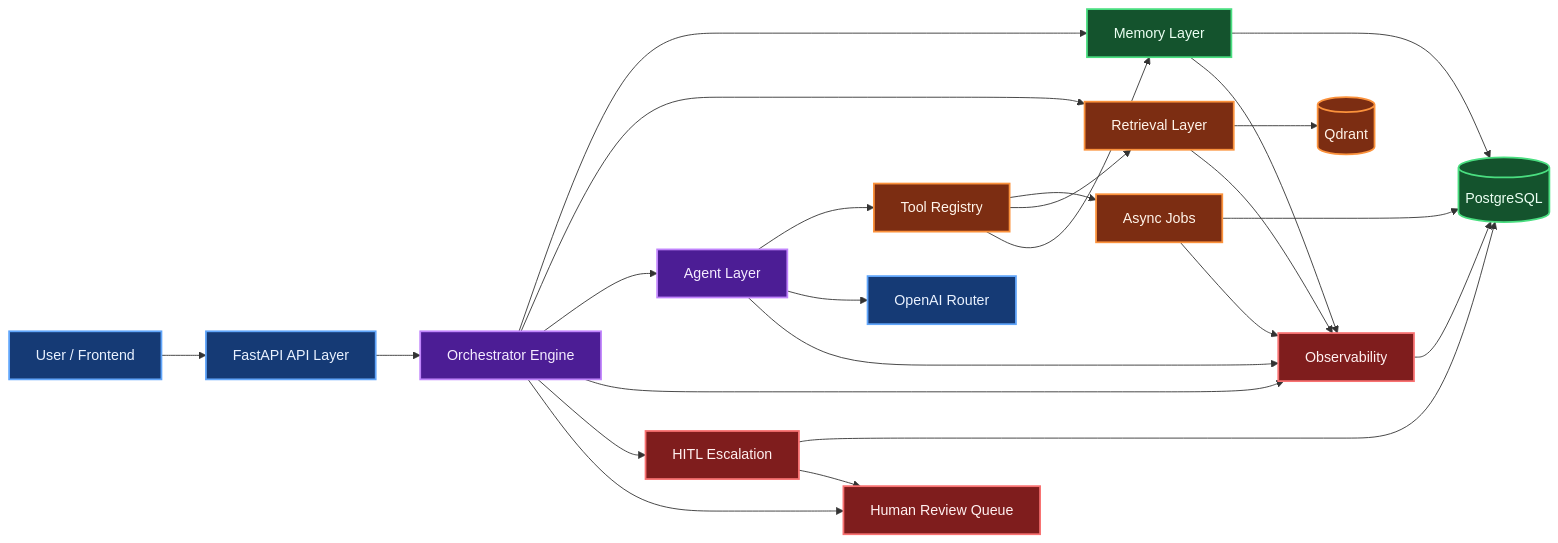
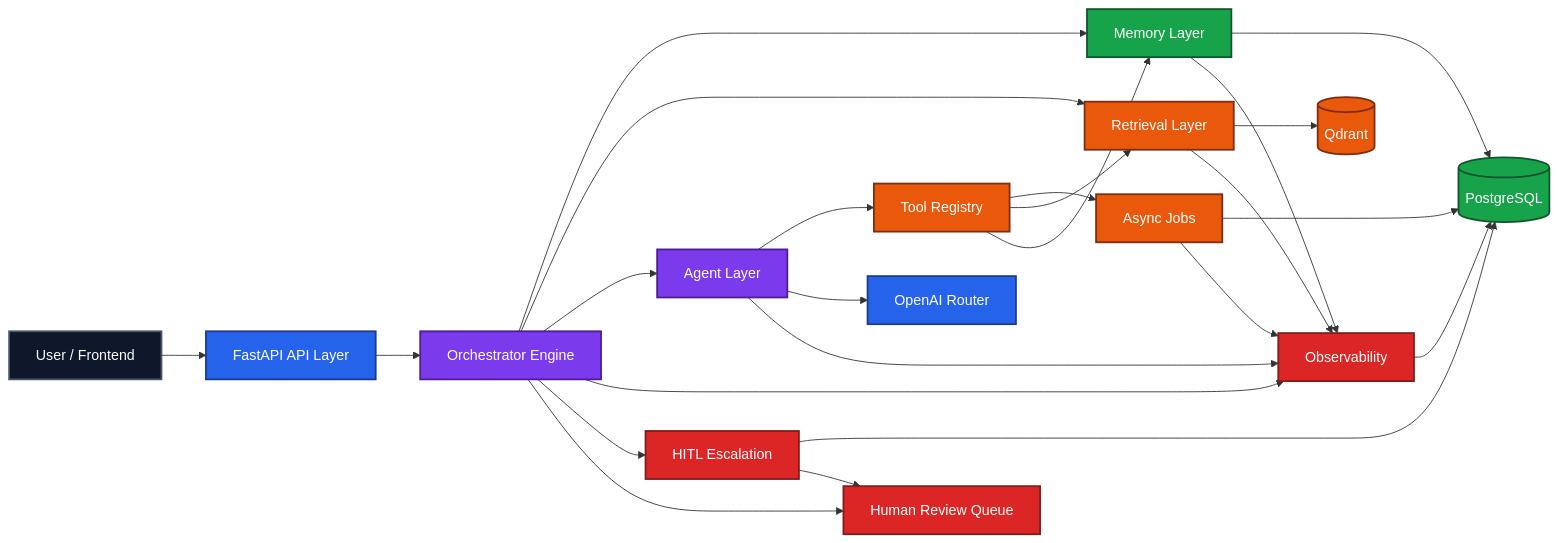
Before and after one commit to zohair-azmat-ai/nexus-ai-orchestrator: the diagram in README.md, drawn with Mermaid. The commit also changed other lines of this file, not shown here.

````diff
--- a/README.md
+++ b/README.md
@@ -61,41 +69,43 @@
 ```mermaid
 flowchart LR
     U[User / Frontend] --> API[FastAPI API Layer]
     API --> ORCH[Orchestrator Engine]
 
     ORCH --> MEM[Memory Layer]
     ORCH --> RET[Retrieval Layer]
     ORCH --> AGENTS[Agent Layer]
     ORCH --> OBS[Observability]
     ORCH --> HITL[HITL Escalation]
 
     MEM --> PG[(PostgreSQL)]
     RET --> QD[(Qdrant)]
     AGENTS --> TOOLS[Tool Registry]
     AGENTS --> LLM[OpenAI Router]
     TOOLS --> JOBS[Async Jobs]
     JOBS --> PG
     OBS --> PG
     HITL --> PG
     HITL --> REVIEW[Human Review Queue]
 
     TOOLS --> RET
     TOOLS --> MEM
     JOBS --> OBS
     AGENTS --> OBS
     RET --> OBS
     MEM --> OBS
     ORCH --> REVIEW
 
-    classDef blue fill:#153a75,stroke:#60a5fa,color:#eaf2ff,stroke-width:2px;
-    classDef purple fill:#4c1d95,stroke:#c084fc,color:#f5ecff,stroke-width:2px;
-    classDef green fill:#14532d,stroke:#4ade80,color:#ecfff3,stroke-width:2px;
-    classDef orange fill:#7c2d12,stroke:#fb923c,color:#fff4ea,stroke-width:2px;
-    classDef red fill:#7f1d1d,stroke:#f87171,color:#fff0f0,stroke-width:2px;
+    classDef api fill:#2563eb,stroke:#1e3a8a,color:#ffffff,stroke-width:2px;
+    classDef agent fill:#7c3aed,stroke:#4c1d95,color:#ffffff,stroke-width:2px;
+    classDef db fill:#16a34a,stroke:#14532d,color:#ffffff,stroke-width:2px;
+    classDef tools fill:#ea580c,stroke:#7c2d12,color:#ffffff,stroke-width:2px;
+    classDef obs fill:#dc2626,stroke:#7f1d1d,color:#ffffff,stroke-width:2px;
+    classDef user fill:#0f172a,stroke:#475569,color:#f8fafc,stroke-width:2px;
 
-    class U,API,LLM blue;
-    class ORCH,AGENTS purple;
-    class MEM,PG green;
-    class RET,QD,TOOLS,JOBS orange;
-    class OBS,HITL,REVIEW red;
+    class U user;
+    class API,LLM api;
+    class ORCH,AGENTS agent;
+    class MEM,PG db;
+    class RET,QD,TOOLS,JOBS tools;
+    class OBS,HITL,REVIEW obs;
 ```
````
